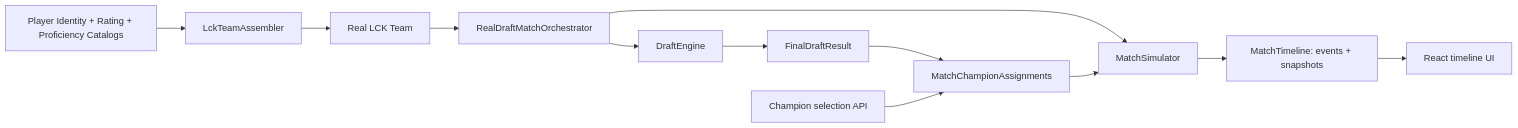
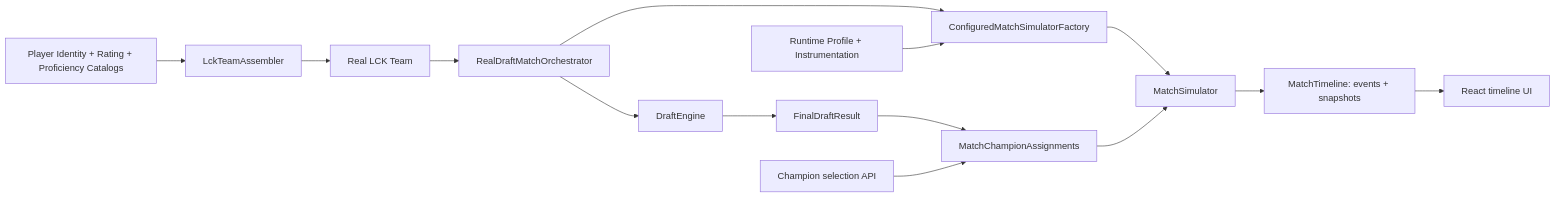
The diagram in docs/architecture/overview.md (haengguk/myfmanager), drawn with Mermaid before and after one commit. The commit also changed other lines of this file and 3 other files, not shown here.

````diff
--- a/docs/architecture/overview.md
+++ b/docs/architecture/overview.md
@@ -7,14 +7,16 @@
 ```mermaid
 flowchart LR
     I[Player Identity + Rating + Proficiency Catalogs] --> R[LckTeamAssembler]
     R --> X[Real LCK Team]
     X --> O[RealDraftMatchOrchestrator]
     O --> D[DraftEngine]
-    O --> S[MatchSimulator]
+    O --> M[ConfiguredMatchSimulatorFactory]
+    P[Runtime Profile + Instrumentation] --> M
+    M --> S[MatchSimulator]
     D --> F[FinalDraftResult]
     F --> A[MatchChampionAssignments]
     C[Champion selection API] --> A
     A --> S
     S --> T[MatchTimeline: events + snapshots]
     T --> U[React timeline UI]
 ```
````
